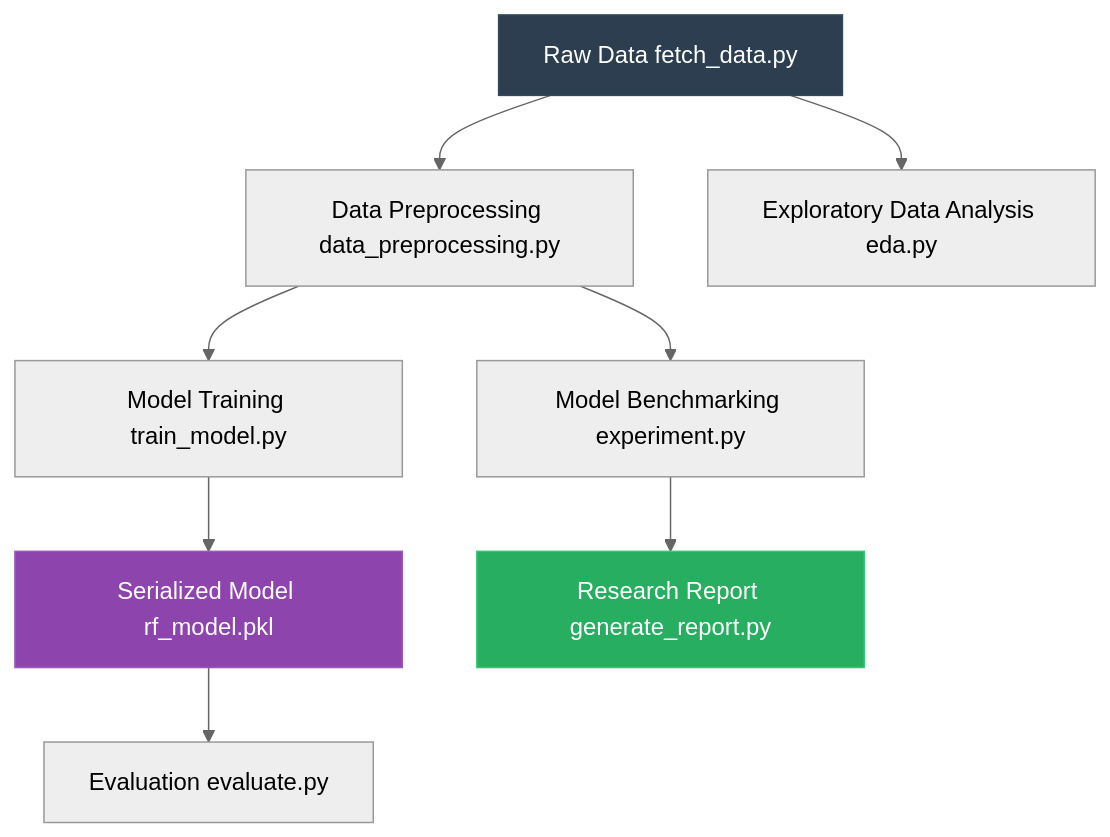
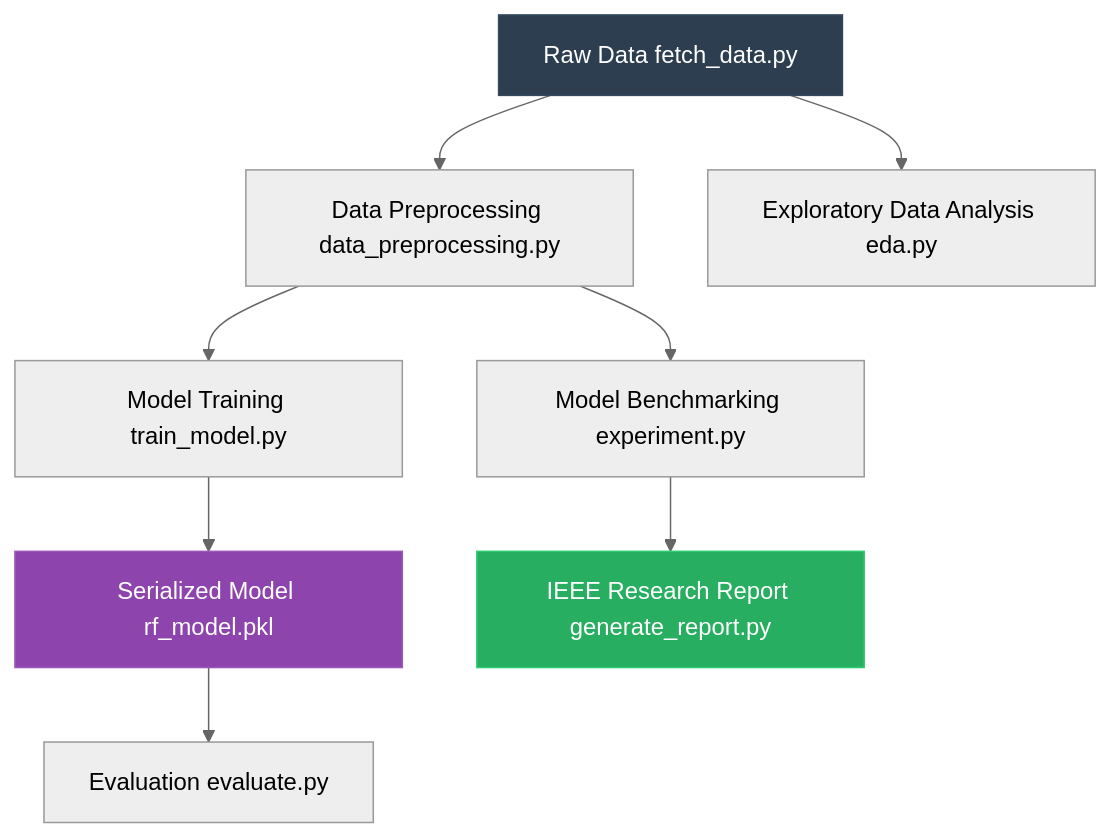
The diagram in README.md (GaneshArwan/customer_churn_prediction), drawn with Mermaid (neutral theme) before and after one commit. The commit also changed other lines of this file and 8 other files, not shown here.

Commit message:
Convert report to IEEE two-column format, update README with testing section and coverage badges

````diff
--- a/README.md
+++ b/README.md
@@ -67,14 +87,14 @@
 ```mermaid
 graph TD
     A[Raw Data fetch_data.py] --> B[Data Preprocessing data_preprocessing.py]
     A --> C[Exploratory Data Analysis eda.py]
     B --> D[Model Training train_model.py]
     D --> E[Serialized Model rf_model.pkl]
     B --> F[Model Benchmarking experiment.py]
     E --> G[Evaluation evaluate.py]
-    F --> H[Research Report generate_report.py]
-    
+    F --> H["IEEE Research Report generate_report.py"]
+
     style A fill:#2C3E50,stroke:#34495E,color:#fff
     style H fill:#27AE60,stroke:#2ECC71,color:#fff
     style E fill:#8E44AD,stroke:#9B59B6,color:#fff
 ```
````
